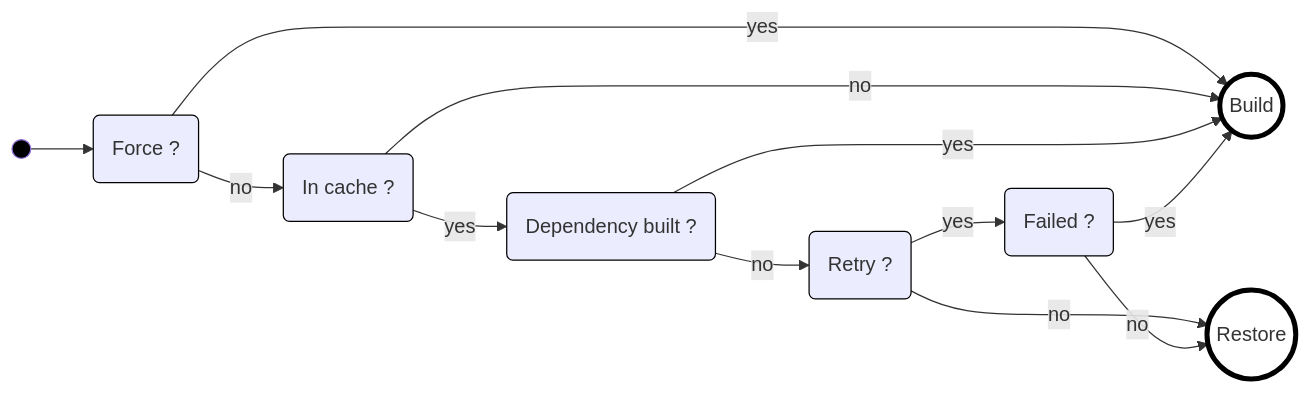
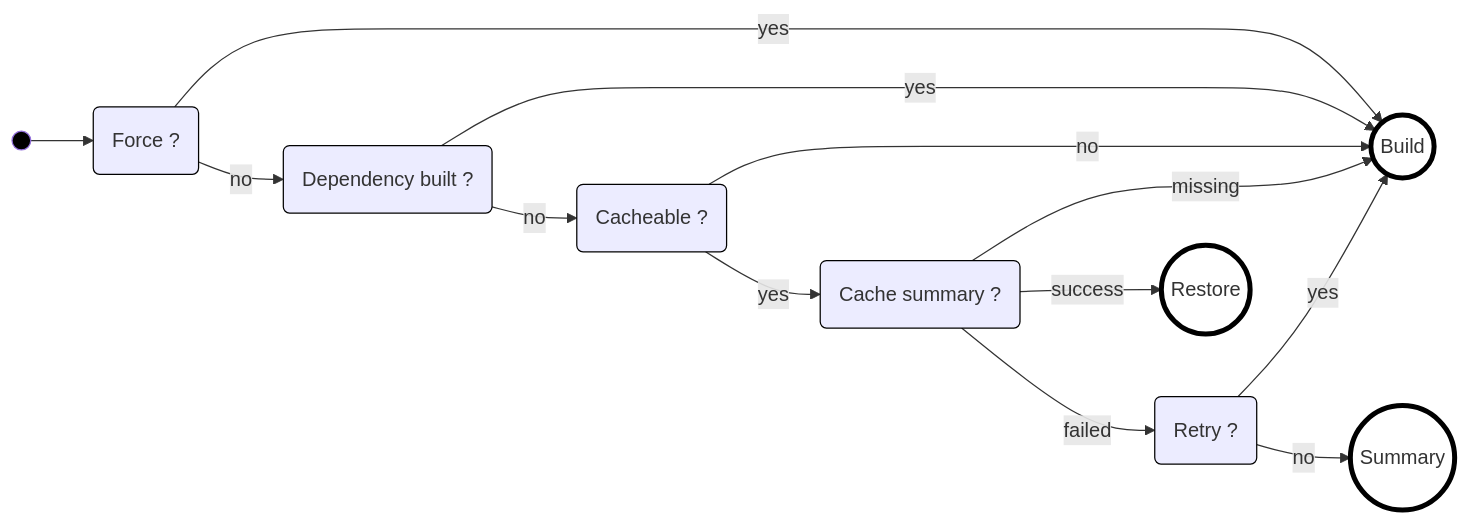
The diagram in website/site-docs/getting-started/caching.md (MagnusOpera/terrabuild), drawn with Mermaid before and after one commit. The commit also changed other lines of this file and 11 other files, not shown here.

Commit message:
Document graph pipeline constraints

````diff
--- a/website/site-docs/getting-started/caching.md
+++ b/website/site-docs/getting-started/caching.md
@@ -64,41 +64,45 @@
 ```mermaid
 flowchart LR
 
 classDef start fill:black
 classDef build stroke-width:4px,stroke:black,fill:white
 classDef restore stroke-width:4px,stroke:black,fill:white
+classDef summary stroke-width:4px,stroke:black,fill:white
 classDef decision stroke:black
 
 start((" "))
 
 force(Force ?)
-cache(In cache ?)
 dependency(Dependency built ?)
+cacheable(Cacheable ?)
+cache(Cache summary ?)
 retry(Retry ?)
-failed(Failed ?)
 
 restore((Restore))
 build((Build))
+summary((Summary))
 
 start --> force
 
 force -- yes --> build
-force -- no --> cache
-
-cache -- yes --> dependency
-cache -- no --> build
+force -- no --> dependency
 
 dependency -- yes --> build
-dependency -- no --> retry
+dependency -- no --> cacheable
 
-retry -- no --> restore
-retry -- yes --> failed
+cacheable -- no --> build
+cacheable -- yes --> cache
 
-failed -- no --> restore
-failed -- yes --> build
+cache -- missing --> build
+cache -- success --> restore
+cache -- failed --> retry
+
+retry -- yes --> build
+retry -- no --> summary
 
 class start start
 class build build
 class restore restore
-class force,cache,dependency,retry,failed decision
+class summary summary
+class force,cacheable,cache,dependency,retry decision
 ```
````
